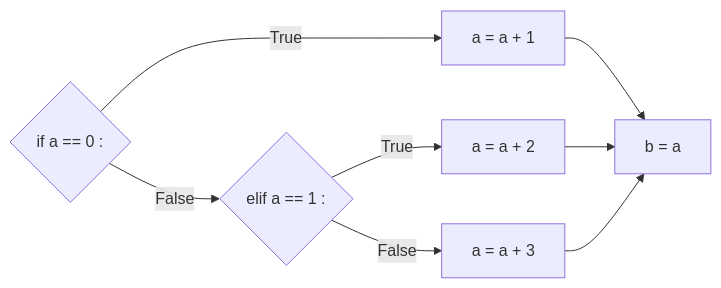
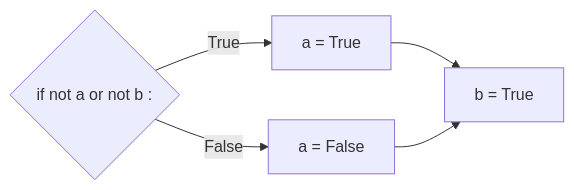
One commit to boddaert/nsi changed the tenth of 10 diagrams in première/Constructions élémentaires/Conditions.md. Above: the diagram before and after it, drawn with Mermaid. The commit also changed other lines of this file and 1 other file, not shown here.

````diff
--- a/première/Constructions élémentaires/Conditions.md
+++ b/première/Constructions élémentaires/Conditions.md
@@ -142,11 +219,8 @@
 ```mermaid
   graph LR;
-      A{if a == 0 :};
-      A--True-->B[a = a + 1];
-      A--False-->C{elif a == 1 :};
-      C--True-->D[a = a + 2];
-      C--False-->E[a = a + 3];
-      B-->F[b = a];
-      D-->F[b = a];
-      E-->F[b = a];
+      A{if not a or not b :};
+      A--True-->B[a = True];
+      A--False-->C[a = False];
+      B-->D[b = True];
+      C-->D[b = True];
 ```
````
